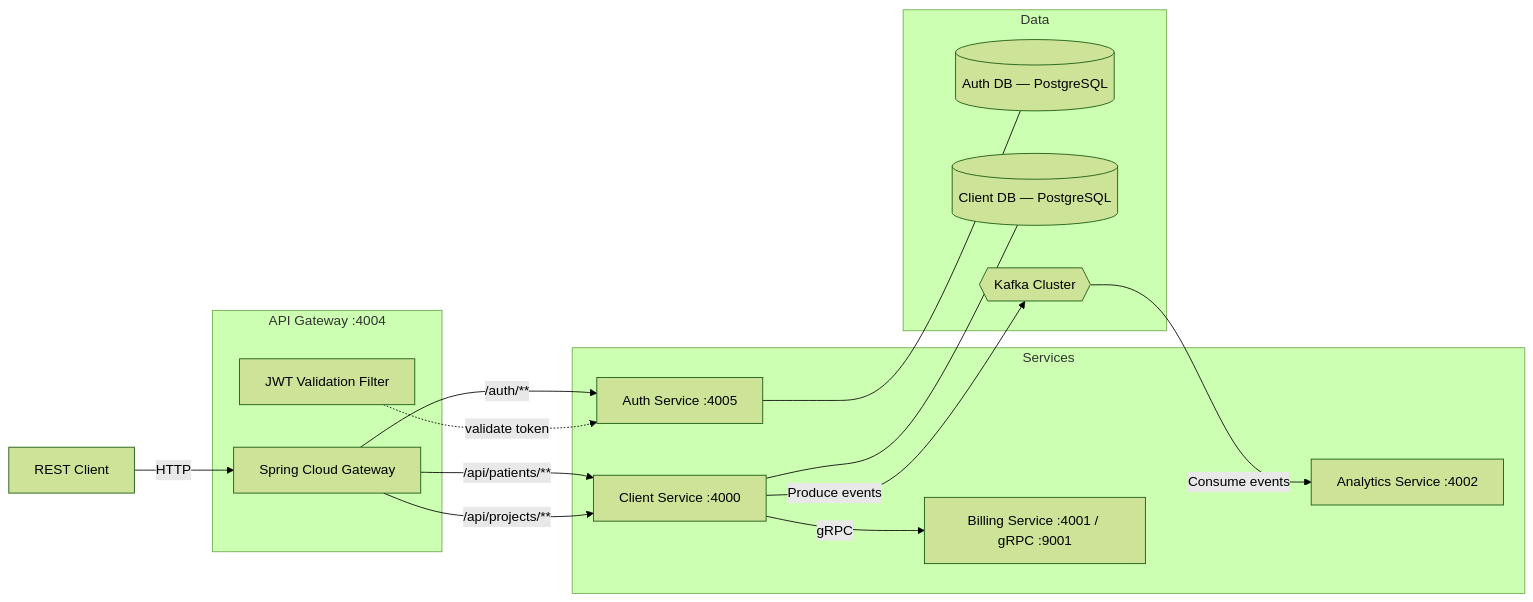
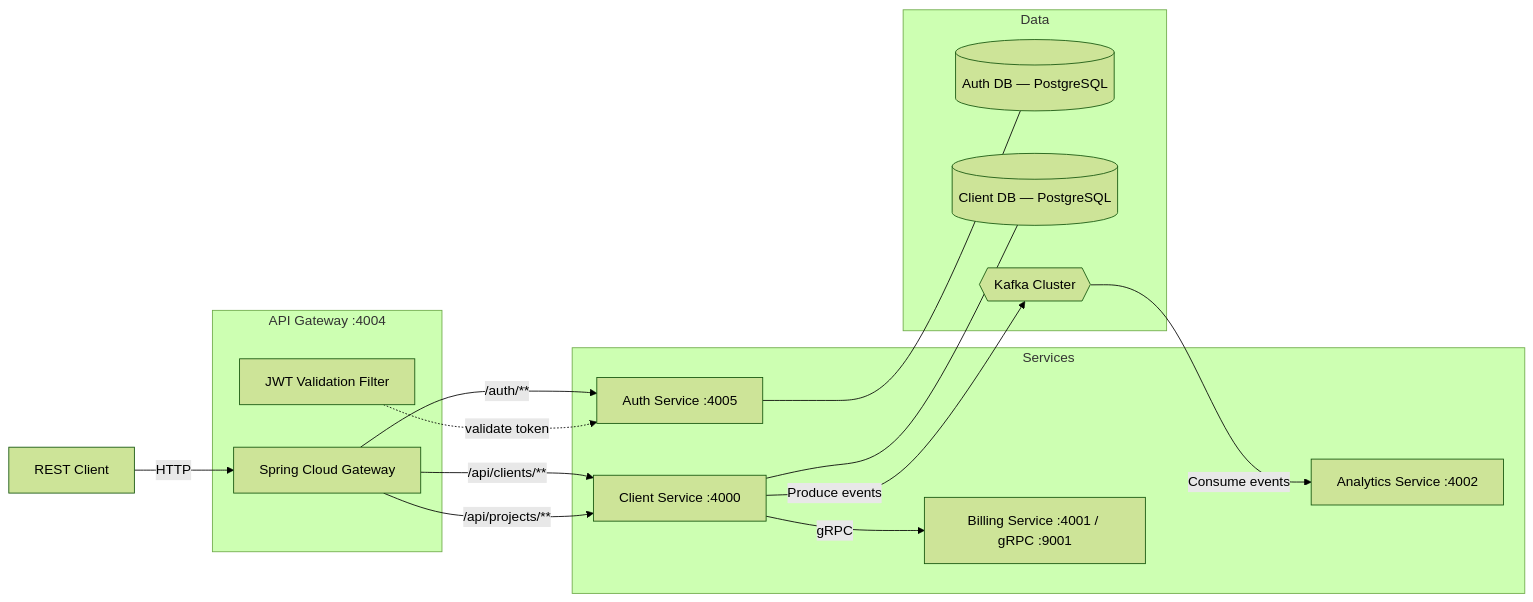
The diagram in README.md (neel-1414/ClientHUB), drawn with Mermaid (forest theme) before and after one commit. The commit also changed other lines of this file, not shown here.

````diff
--- a/README.md
+++ b/README.md
@@ -9,30 +9,30 @@
 ```mermaid
 flowchart LR
     Client["REST Client"]
     subgraph API["API Gateway :4004"]
         GW["Spring Cloud Gateway"]
         JWT["JWT Validation Filter"]
     end
     subgraph Services
         AUTH["Auth Service :4005"]
         CS["Client Service :4000"]
         BILL["Billing Service :4001 / gRPC :9001"]
         AN["Analytics Service :4002"]
     end
     subgraph Data
         PG1[("Auth DB — PostgreSQL")]
         PG2[("Client DB — PostgreSQL")]
         KF{{"Kafka Cluster"}}
     end
 
     Client -->|HTTP| GW
     GW -->|"/auth/**"| AUTH
-    GW -->|"/api/patients/**"| CS
+    GW -->|"/api/clients/**"| CS
     GW -->|"/api/projects/**"| CS
     JWT -.->|validate token| AUTH
     AUTH --- PG1
     CS --- PG2
     CS -->|gRPC| BILL
     CS -->|Produce events| KF
     KF -->|Consume events| AN
 ```
````
